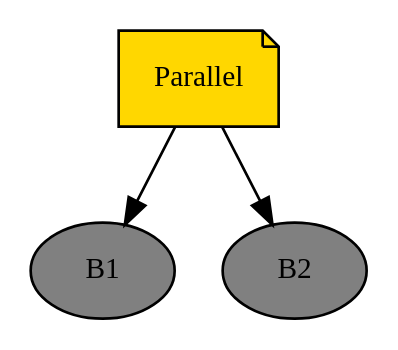
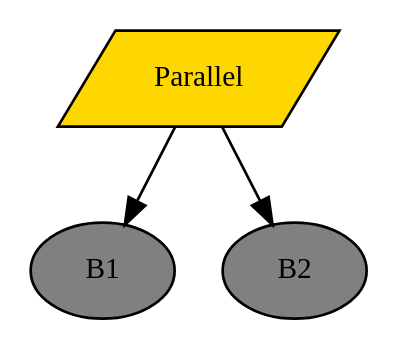
One commit to splintered-reality/py_trees changed the diagram in doc/dot/parallel.dot. Above: the diagram before and after it, drawn with Graphviz. The commit also changed 1 other file, not shown here.

Commit message:
updated parallel dot graph

```diff
--- a/doc/dot/parallel.dot
+++ b/doc/dot/parallel.dot
@@ -1,10 +1,10 @@
-digraph parallel {
+digraph pastafarianism {
 graph [fontname="times-roman"];
 node [fontname="times-roman"];
 edge [fontname="times-roman"];
-"Parallel" [fontcolor=black, shape=note, fontsize=11, style=filled, fillcolor=gold];
-"B1" [fontcolor=black, shape=ellipse, fontsize=11, style=filled, fillcolor=gray];
-"Parallel" -> "B1";
-"B2" [fontcolor=black, shape=ellipse, fontsize=11, style=filled, fillcolor=gray];
-"Parallel" -> "B2";
+Parallel [fillcolor=gold, fontcolor=black, fontsize=11, shape=parallelogram, style=filled];
+B1 [fillcolor=gray, fontcolor=black, fontsize=11, shape=ellipse, style=filled];
+Parallel -> B1;
+B2 [fillcolor=gray, fontcolor=black, fontsize=11, shape=ellipse, style=filled];
+Parallel -> B2;
 }
```
